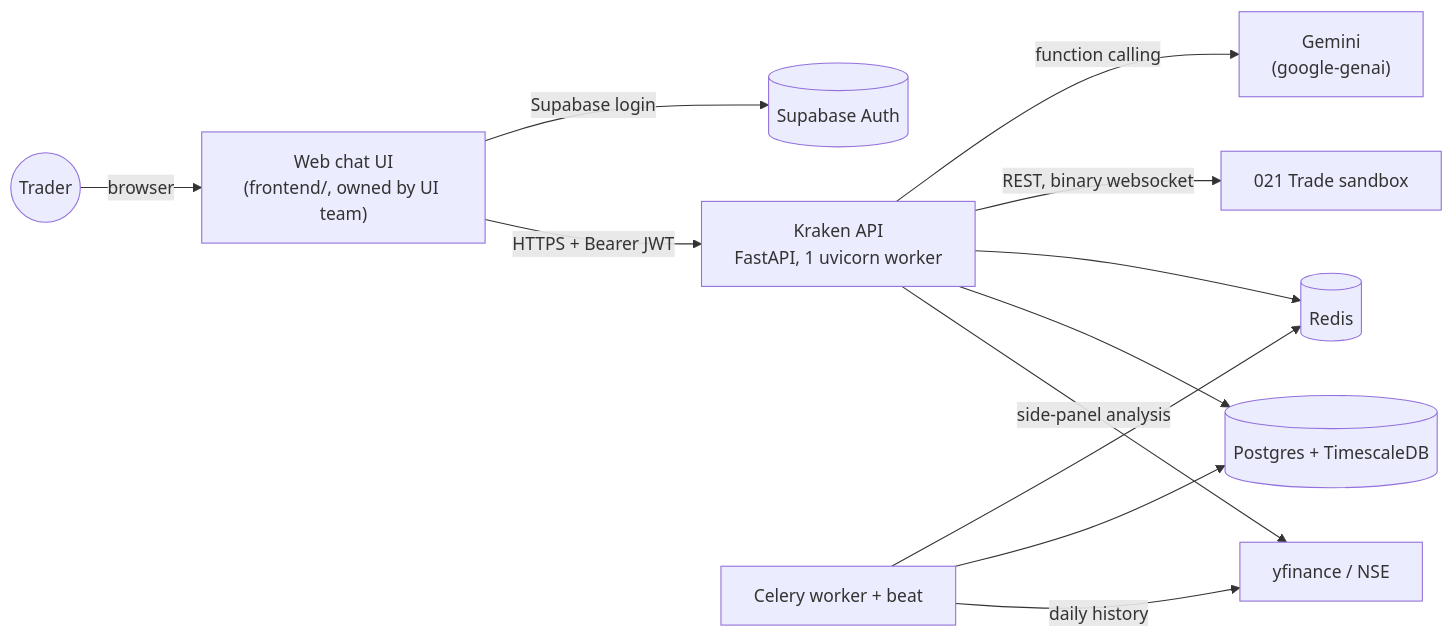
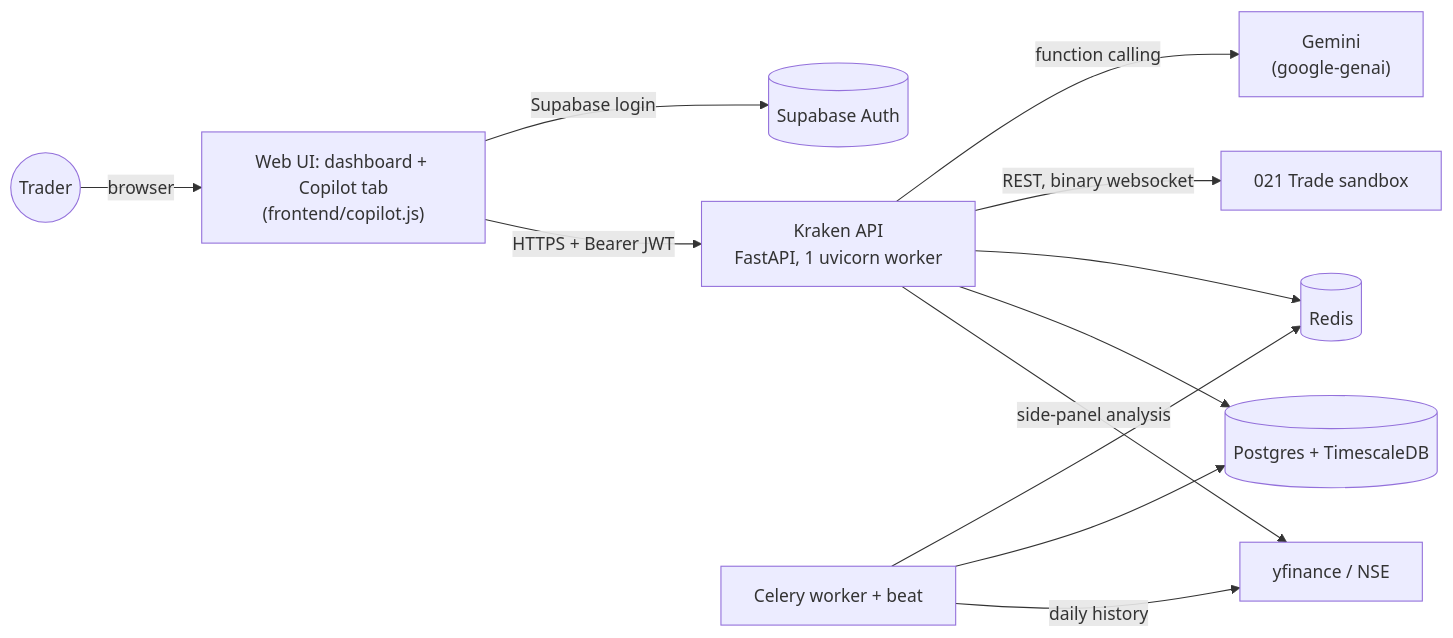
One commit to CMPN-CODECELL/Syrus7_Git_Out_Of_My_Branch changed the first of 9 diagrams in docs/ARCHITECTURE.md. Above: the diagram before and after it, drawn with Mermaid. The commit also changed 209 other files, not shown here.

````diff
--- a/docs/ARCHITECTURE.md
+++ b/docs/ARCHITECTURE.md
@@ -21,14 +21,14 @@
 ```mermaid
 flowchart LR
-  Trader((Trader)) -->|browser| UI["Web chat UI<br/>(frontend/, owned by UI team)"]
+  Trader((Trader)) -->|browser| UI["Web UI: dashboard + Copilot tab<br/>(frontend/copilot.js)"]
   UI -->|"Supabase login"| SB[(Supabase Auth)]
   UI -->|"HTTPS + Bearer JWT"| API["Kraken API<br/>FastAPI, 1 uvicorn worker"]
   API -->|"function calling"| GEM["Gemini<br/>(google-genai)"]
   API -->|"REST, binary websocket"| T021["021 Trade sandbox"]
   API --> REDIS[(Redis)]
   API --> PG[(Postgres + TimescaleDB)]
   CEL["Celery worker + beat"] --> REDIS
   CEL --> PG
   CEL -->|"daily history"| YF["yfinance / NSE"]
   API -->|"side-panel analysis"| YF
 ```
````
